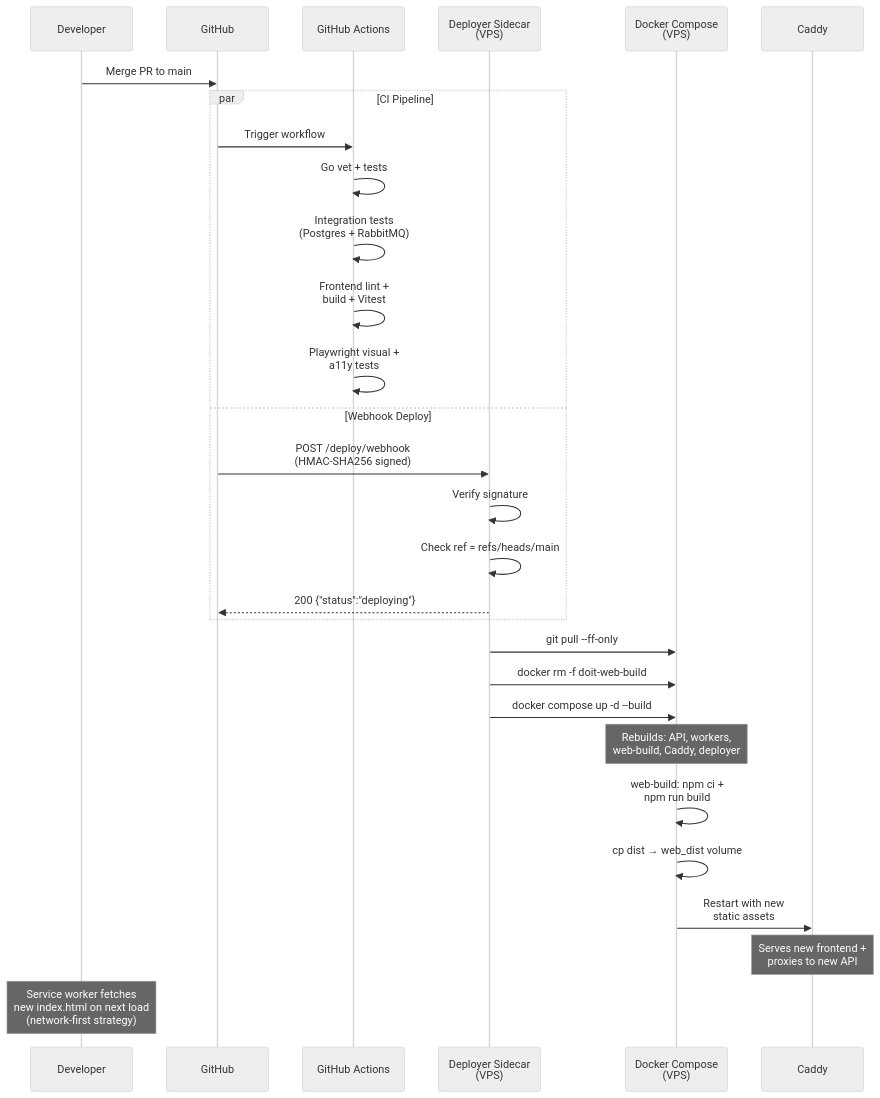
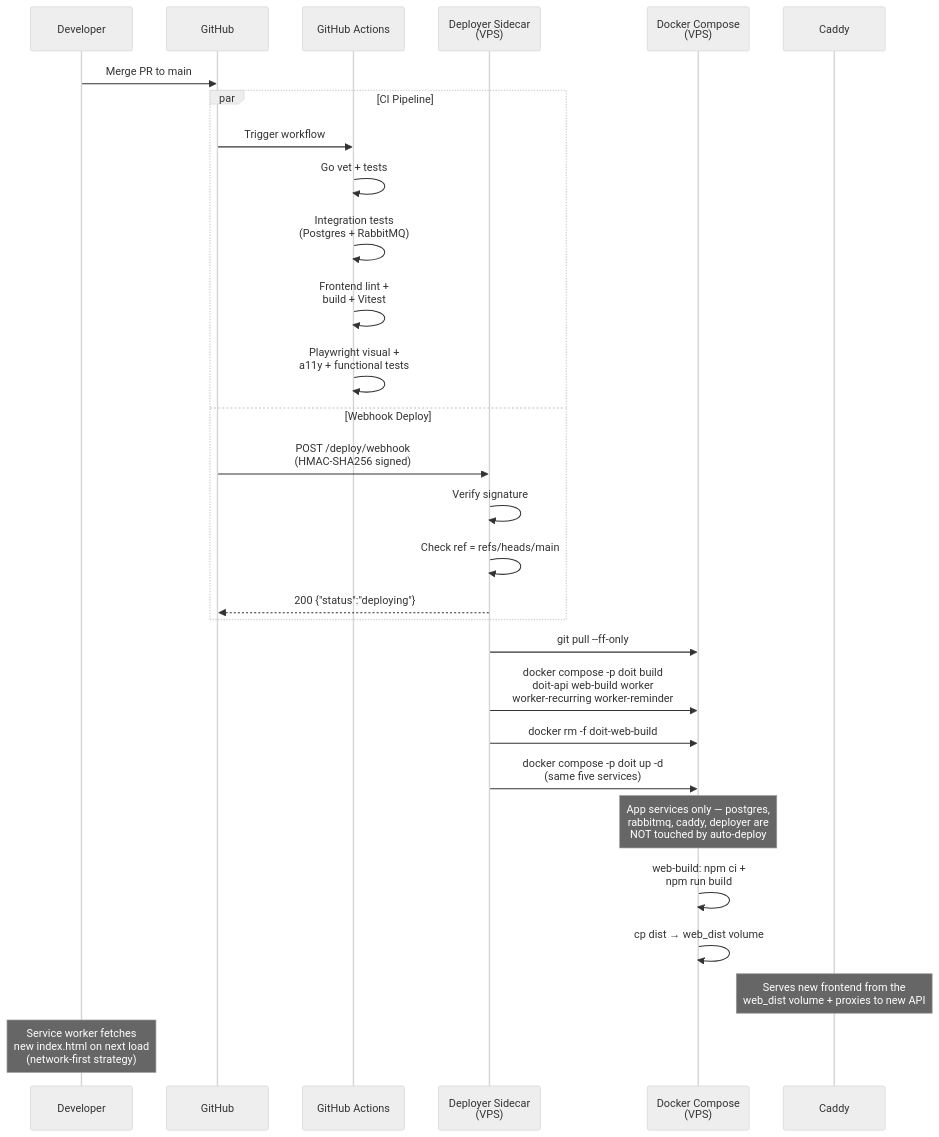
Before and after one commit to vasi1796/doit: the second of 3 diagrams in docs/diagrams/006-system-overview.md, drawn with Mermaid (neutral theme). The commit also changed other lines of this file and 22 other files, not shown here.

````diff
--- a/docs/diagrams/006-system-overview.md
+++ b/docs/diagrams/006-system-overview.md
@@ -80,38 +87,38 @@
 ```mermaid
 sequenceDiagram
     participant Dev as Developer
     participant GH as GitHub
     participant CI as GitHub Actions
     participant WH as Deployer Sidecar<br/>(VPS)
     participant DC as Docker Compose<br/>(VPS)
     participant Caddy as Caddy
 
     Dev->>GH: Merge PR to main
 
     par CI Pipeline
         GH->>CI: Trigger workflow
         CI->>CI: Go vet + tests
         CI->>CI: Integration tests<br/>(Postgres + RabbitMQ)
         CI->>CI: Frontend lint +<br/>build + Vitest
-        CI->>CI: Playwright visual +<br/>a11y tests
+        CI->>CI: Playwright visual +<br/>a11y + functional tests
     and Webhook Deploy
         GH->>WH: POST /deploy/webhook<br/>(HMAC-SHA256 signed)
         WH->>WH: Verify signature
         WH->>WH: Check ref = refs/heads/main
         WH-->>GH: 200 {"status":"deploying"}
     end
 
     WH->>DC: git pull --ff-only
+    WH->>DC: docker compose -p doit build<br/>doit-api web-build worker<br/>worker-recurring worker-reminder
     WH->>DC: docker rm -f doit-web-build
-    WH->>DC: docker compose up -d --build
+    WH->>DC: docker compose -p doit up -d<br/>(same five services)
 
-    Note over DC: Rebuilds: API, workers,<br/>web-build, Caddy, deployer
+    Note over DC: App services only — postgres,<br/>rabbitmq, caddy, deployer are<br/>NOT touched by auto-deploy
 
     DC->>DC: web-build: npm ci +<br/>npm run build
     DC->>DC: cp dist → web_dist volume
-    DC->>Caddy: Restart with new<br/>static assets
 
-    Note over Caddy: Serves new frontend +<br/>proxies to new API
+    Note over Caddy: Serves new frontend from the<br/>web_dist volume + proxies to new API
 
     Note over Dev: Service worker fetches<br/>new index.html on next load<br/>(network-first strategy)
 ```
````
